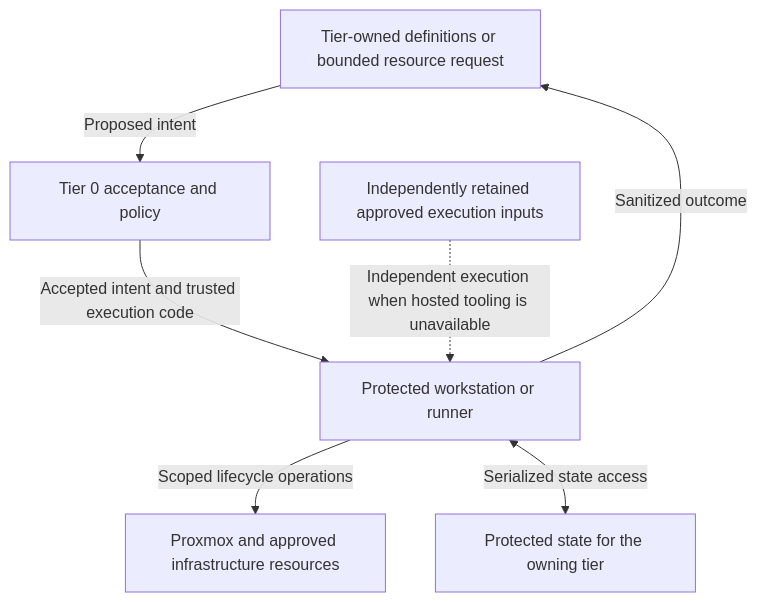
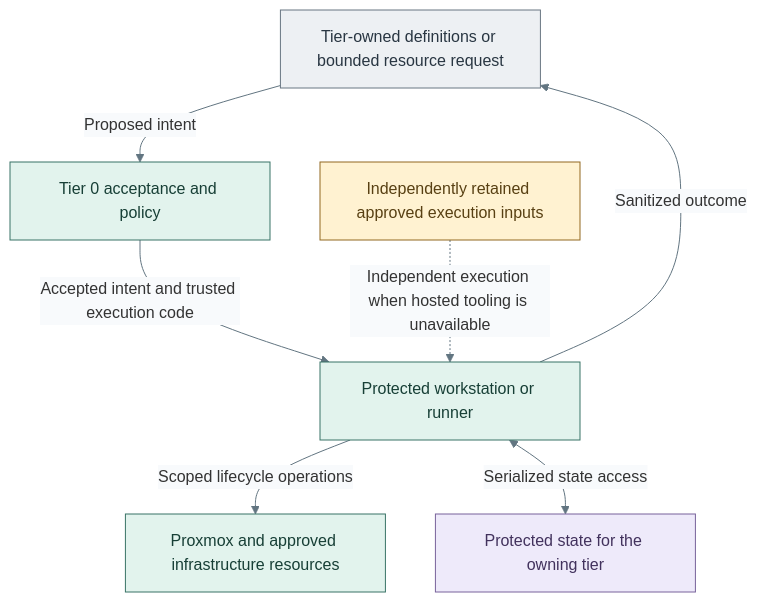
The third of 5 diagrams in docs/architecture/runtime-flows.md (Rexus/homelab), drawn with Mermaid before and after one commit. The commit also changed other lines of this file and 49 other files, not shown here.

Commit message:
docs(diagrams): clarify tier layouts and visual styles

````diff
--- a/docs/architecture/runtime-flows.md
+++ b/docs/architecture/runtime-flows.md
@@ -106,15 +118,25 @@
 ```mermaid
+%%{init: {"theme":"base","themeVariables":{"lineColor":"#627581","edgeLabelBackground":"#f8fafc"}}}%%
 flowchart TB
   Intent["Tier-owned definitions or bounded resource request"]
   Accept["Tier 0 acceptance and policy"]
   Execute["Protected workstation or runner"]
   Platform["Proxmox and approved infrastructure resources"]
   State["Protected state for the owning tier"]
   Recovery["Independently retained approved execution inputs"]
   Intent -->|Proposed intent| Accept
   Accept -->|Accepted intent and trusted execution code| Execute
   Execute -->|Scoped lifecycle operations| Platform
   Execute <-->|Serialized state access| State
   Execute -->|Sanitized outcome| Intent
   Recovery -.->|Independent execution when hosted tooling is unavailable| Execute
+  classDef default fill:#f8fafc,stroke:#64748b,color:#1f2937
+  classDef actor fill:#edf0f3,stroke:#697682,color:#293642
+  classDef control fill:#e2f3ed,stroke:#397366,color:#173f36
+  classDef data fill:#eeeafa,stroke:#78639b,color:#42325d
+  classDef custody fill:#fff2d1,stroke:#926820,color:#584013
+  class Intent actor
+  class Accept,Execute,Platform control
+  class State data
+  class Recovery custody
 ```
````
